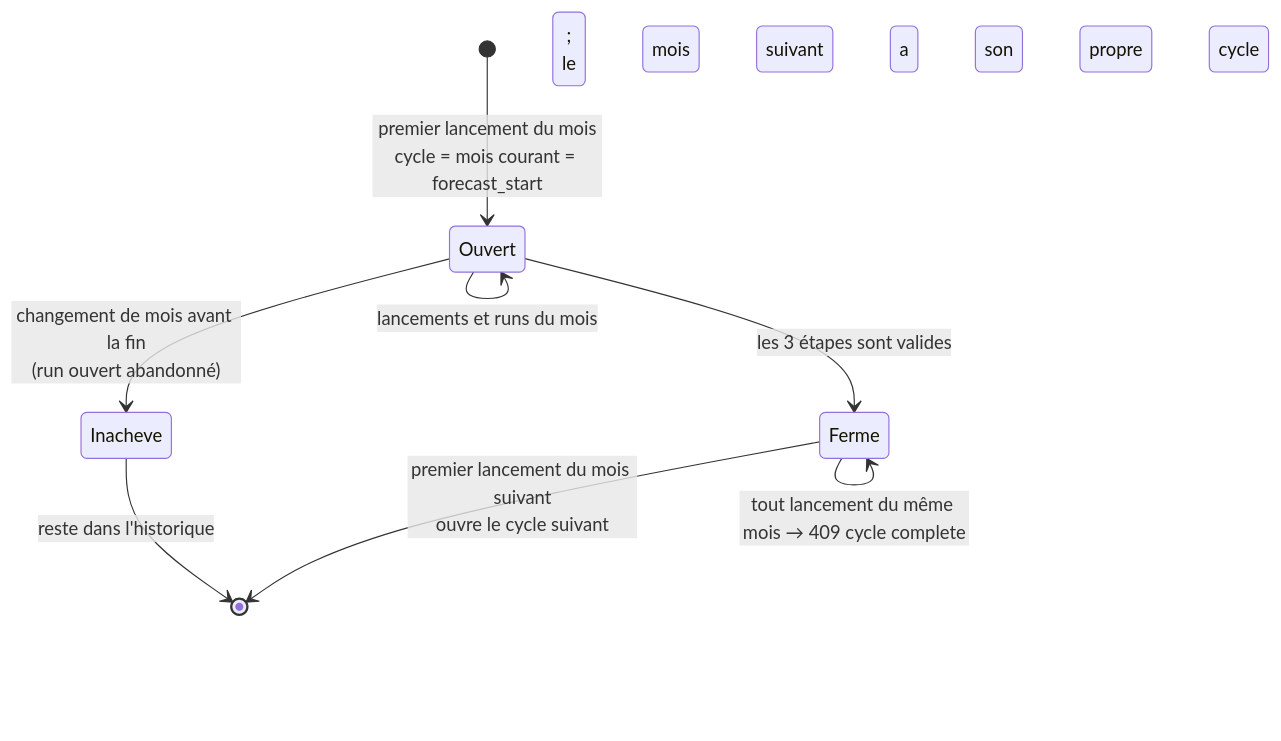
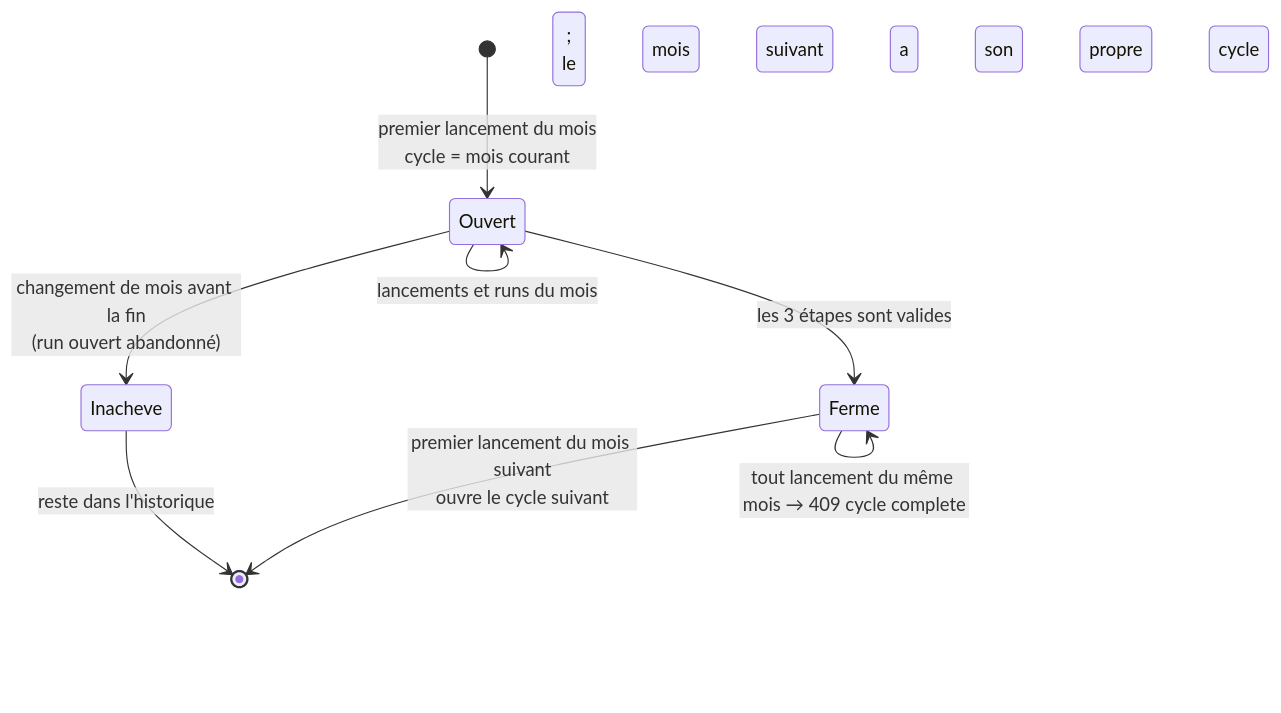
One commit to Pivot-Madagascar/pridec-docker changed the eighth of 8 diagrams in etlhub/docs/pipeline-checkpoints-diagrams.md. Above: the diagram before and after it, drawn with Mermaid. The commit also changed other lines of this file and 6 other files, not shown here.

````diff
--- a/etlhub/docs/pipeline-checkpoints-diagrams.md
+++ b/etlhub/docs/pipeline-checkpoints-diagrams.md
@@ -301,10 +305,10 @@
 ```mermaid
 stateDiagram-v2
-    [*] --> Ouvert : premier lancement du mois<br/>cycle = mois courant = forecast_start
+    [*] --> Ouvert : premier lancement du mois<br/>cycle = mois courant
     Ouvert --> Ouvert : lancements et runs du mois
     Ouvert --> Inacheve : changement de mois avant la fin<br/>(run ouvert abandonné)
     Inacheve --> [*] : reste dans l'historique ;<br/>le mois suivant a son propre cycle
     Ouvert --> Ferme : les 3 étapes sont valides
     Ferme --> Ferme : tout lancement du même mois → 409 cycle complete
     Ferme --> [*] : premier lancement du mois suivant<br/>ouvre le cycle suivant
 ```
````
